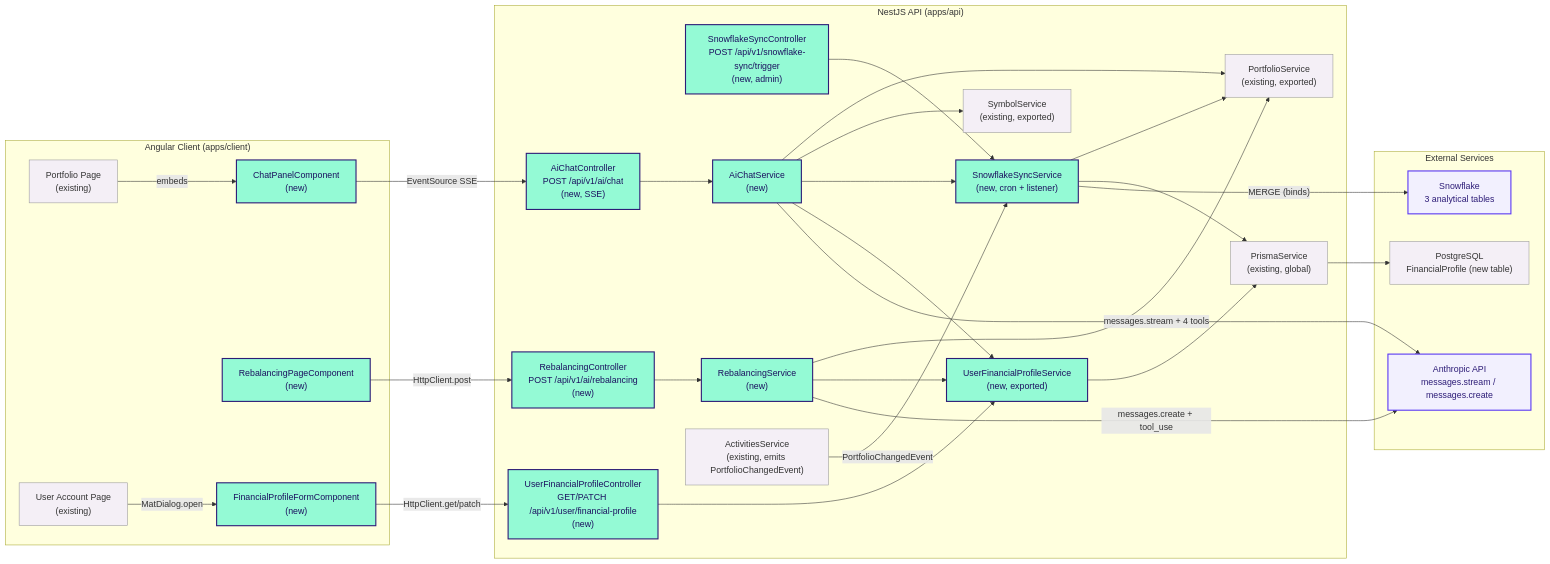
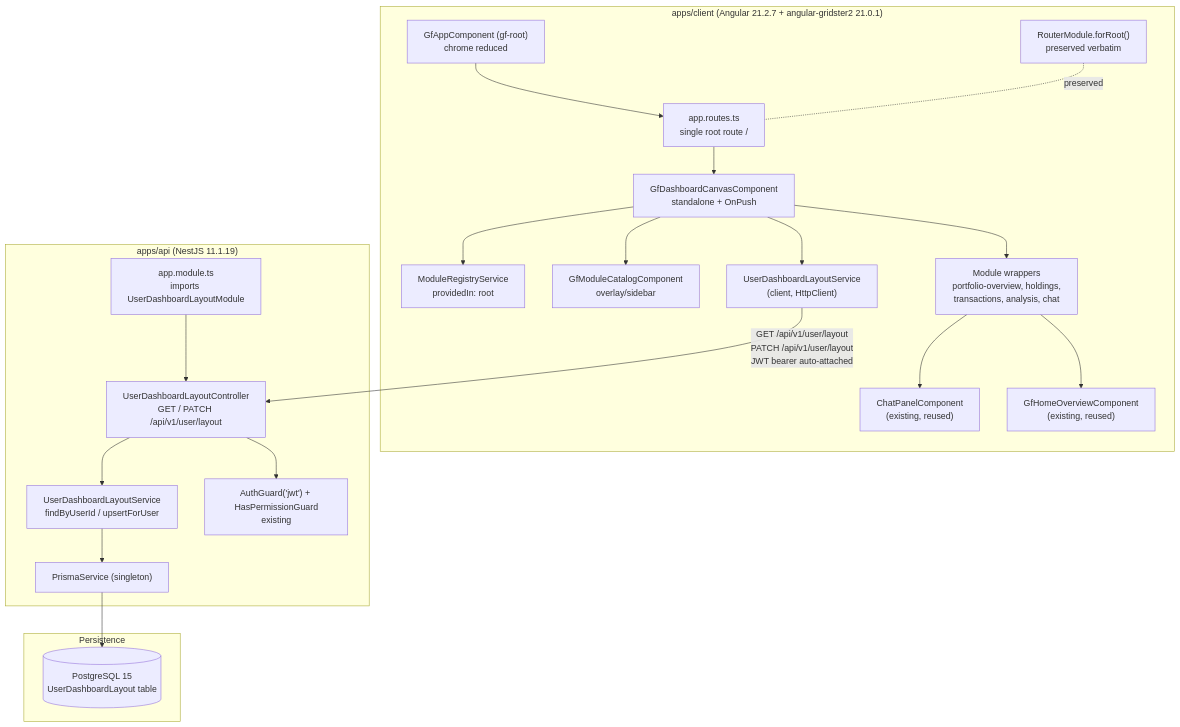
Before and after one commit to Blitzy-Sandbox/blitzy-ghostfolio: the diagram in blitzy/documentation/Technical Specifications.md, drawn with Mermaid. The commit also changed other lines of this file, not shown here.

````diff
--- a/blitzy/documentation/Technical Specifications.md
+++ b/blitzy/documentation/Technical Specifications.md
@@ -511,66 +442,43 @@
 ```mermaid
-graph LR
-    subgraph Client["Angular Client (apps/client)"]
-        ChatPanel["ChatPanelComponent<br/>(new)"]:::new
-        RebalPage["RebalancingPageComponent<br/>(new)"]:::new
-        ProfileForm["FinancialProfileFormComponent<br/>(new)"]:::new
-        ExistingPortfolio["Portfolio Page<br/>(existing)"]:::existing
-        ExistingAccount["User Account Page<br/>(existing)"]:::existing
+flowchart TB
+    subgraph client["apps/client (Angular 21.2.7 + angular-gridster2 21.0.1)"]
+        AppShell["GfAppComponent (gf-root)<br/>chrome reduced"]
+        Router["RouterModule.forRoot()<br/>preserved verbatim"]
+        Route["app.routes.ts<br/>single root route /"]
+        Canvas["GfDashboardCanvasComponent<br/>standalone + OnPush"]
+        Registry["ModuleRegistryService<br/>providedIn: root"]
+        Catalog["GfModuleCatalogComponent<br/>overlay/sidebar"]
+        Wrappers["Module wrappers<br/>portfolio-overview, holdings,<br/>transactions, analysis, chat"]
+        ChatExisting["ChatPanelComponent<br/>(existing, reused)"]
+        OverviewExisting["GfHomeOverviewComponent<br/>(existing, reused)"]
+        ClientLayoutSvc["UserDashboardLayoutService<br/>(client, HttpClient)"]
     end
 
-    subgraph API["NestJS API (apps/api)"]
-        AiChatCtrl["AiChatController<br/>POST /api/v1/ai/chat<br/>(new, SSE)"]:::new
-        RebalCtrl["RebalancingController<br/>POST /api/v1/ai/rebalancing<br/>(new)"]:::new
-        ProfileCtrl["UserFinancialProfileController<br/>GET/PATCH /api/v1/user/financial-profile<br/>(new)"]:::new
-        SyncCtrl["SnowflakeSyncController<br/>POST /api/v1/snowflake-sync/trigger<br/>(new, admin)"]:::new
-
-        AiChatSvc["AiChatService<br/>(new)"]:::new
-        RebalSvc["RebalancingService<br/>(new)"]:::new
-        ProfileSvc["UserFinancialProfileService<br/>(new, exported)"]:::new
-        SyncSvc["SnowflakeSyncService<br/>(new, cron + listener)"]:::new
-
-        ExistingPortSvc["PortfolioService<br/>(existing, exported)"]:::existing
-        ExistingSymSvc["SymbolService<br/>(existing, exported)"]:::existing
-        ExistingActSvc["ActivitiesService<br/>(existing, emits PortfolioChangedEvent)"]:::existing
-        ExistingPrisma["PrismaService<br/>(existing, global)"]:::existing
+    subgraph api["apps/api (NestJS 11.1.19)"]
+        AppMod["app.module.ts<br/>imports UserDashboardLayoutModule"]
+        Controller["UserDashboardLayoutController<br/>GET / PATCH /api/v1/user/layout"]
+        Service["UserDashboardLayoutService<br/>findByUserId / upsertForUser"]
+        Guards["AuthGuard('jwt') + HasPermissionGuard<br/>existing"]
+        Prisma["PrismaService (singleton)"]
     end
 
-    subgraph External["External Services"]
-        Anthropic["Anthropic API<br/>messages.stream / messages.create"]:::external
-        Snowflake["Snowflake<br/>3 analytical tables"]:::external
-        Postgres["PostgreSQL<br/>FinancialProfile (new table)"]:::existing
+    subgraph data["Persistence"]
+        DB[("PostgreSQL 15<br/>UserDashboardLayout table")]
     end
 
-    ChatPanel -- "EventSource SSE" --> AiChatCtrl
-    RebalPage -- "HttpClient.post" --> RebalCtrl
-    ProfileForm -- "HttpClient.get/patch" --> ProfileCtrl
-    ExistingPortfolio -- "embeds" --> ChatPanel
-    ExistingAccount -- "MatDialog.open" --> ProfileForm
-
-    AiChatCtrl --> AiChatSvc
-    RebalCtrl --> RebalSvc
-    ProfileCtrl --> ProfileSvc
-    SyncCtrl --> SyncSvc
-
-    AiChatSvc --> ExistingPortSvc
-    AiChatSvc --> ExistingSymSvc
-    AiChatSvc --> SyncSvc
-    AiChatSvc --> ProfileSvc
-    AiChatSvc -- "messages.stream + 4 tools" --> Anthropic
-
-    RebalSvc --> ExistingPortSvc
-    RebalSvc --> ProfileSvc
-    RebalSvc -- "messages.create + tool_use" --> Anthropic
-
-    ProfileSvc --> ExistingPrisma
-    ExistingPrisma --> Postgres
-
-    SyncSvc --> ExistingPortSvc
-    SyncSvc --> ExistingPrisma
-    SyncSvc -- "MERGE (binds)" --> Snowflake
-    ExistingActSvc -- "PortfolioChangedEvent" --> SyncSvc
-
-    classDef new fill:#94FAD5,stroke:#2D1C77,stroke-width:2px,color:#1A105F
-    classDef existing fill:#F4EFF6,stroke:#999999,color:#333333
-    classDef external fill:#F2F0FE,stroke:#5B39F3,stroke-width:2px,color:#2D1C77
+    AppShell --> Route
+    Route --> Canvas
+    Router -.preserved.- Route
+    Canvas --> Registry
+    Canvas --> Catalog
+    Canvas --> Wrappers
+    Wrappers --> ChatExisting
+    Wrappers --> OverviewExisting
+    Canvas --> ClientLayoutSvc
+    ClientLayoutSvc -- "GET /api/v1/user/layout<br/>PATCH /api/v1/user/layout<br/>JWT bearer auto-attached" --> Controller
+    Controller --> Guards
+    Controller --> Service
+    Service --> Prisma
+    Prisma --> DB
+    AppMod --> Controller
 ```
````
